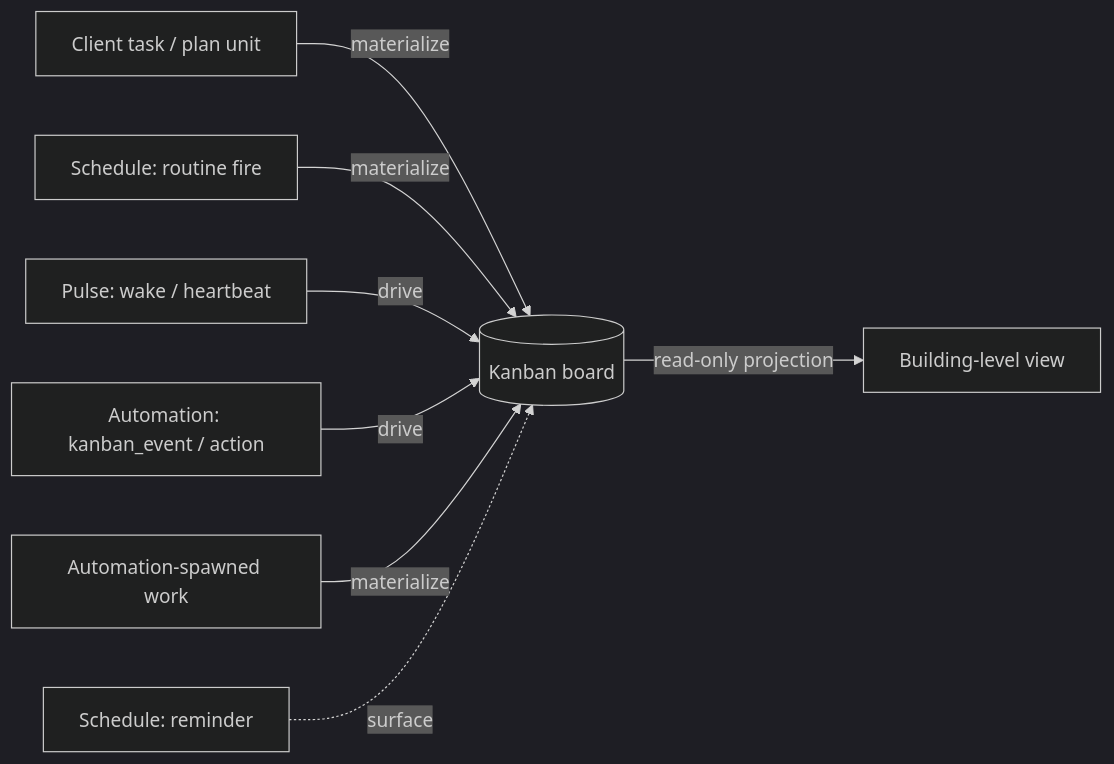
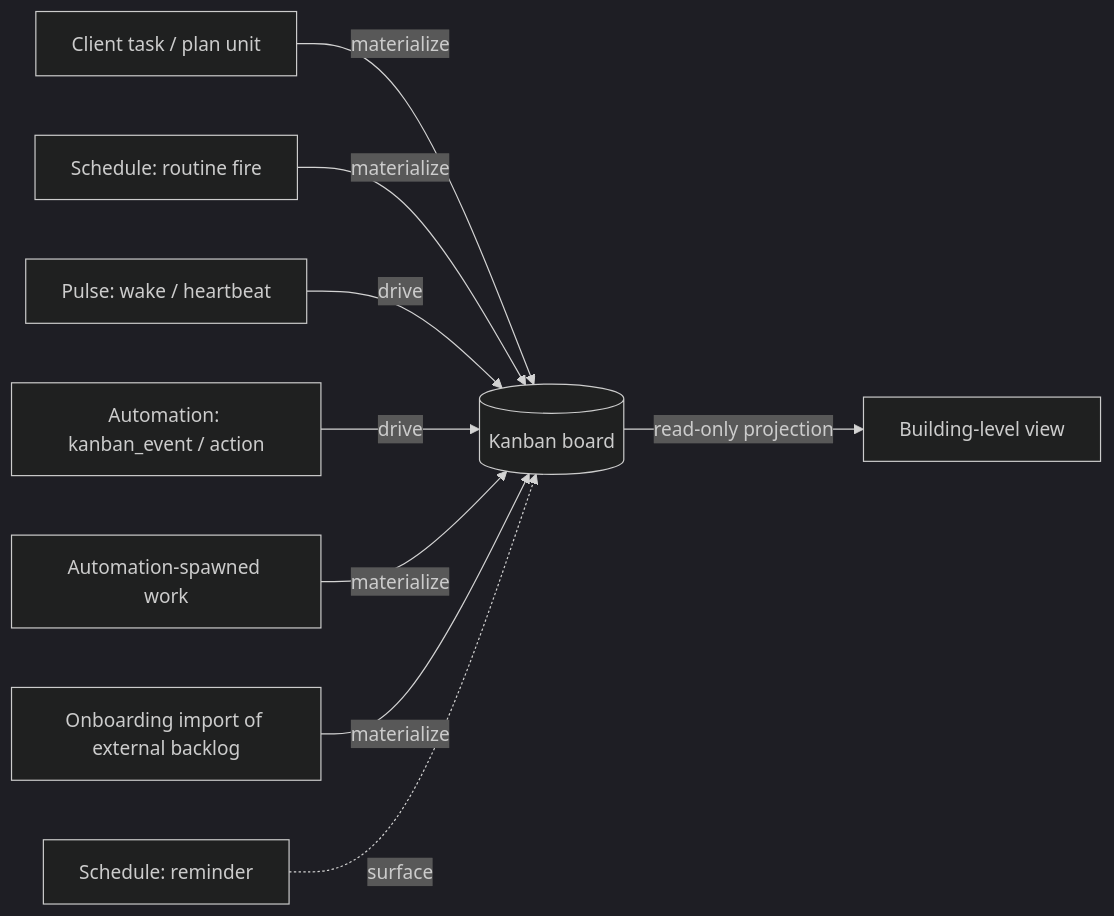
One commit to teratron/cronus changed the diagram in .design/main/specifications/l1-work-convergence.md. Above: the diagram before and after it, drawn with Mermaid (dark theme). The commit also changed other lines of this file and 4 other files, not shown here.

````diff
--- a/.design/main/specifications/l1-work-convergence.md
+++ b/.design/main/specifications/l1-work-convergence.md
@@ -70,10 +71,11 @@
 ```mermaid
 graph LR
     TASK[Client task / plan unit] -->|materialize| BOARD[(Kanban board)]
     ROUTINE[Schedule: routine fire] -->|materialize| BOARD
     PULSE[Pulse: wake / heartbeat] -->|drive| BOARD
     AUTO[Automation: kanban_event / action] -->|drive| BOARD
     AUTOWORK[Automation-spawned work] -->|materialize| BOARD
+    IMPORT[Onboarding import of external backlog] -->|materialize| BOARD
     REMIND[Schedule: reminder] -.->|surface| BOARD
     BOARD -->|read-only projection| AGG[Building-level view]
 ```
````
